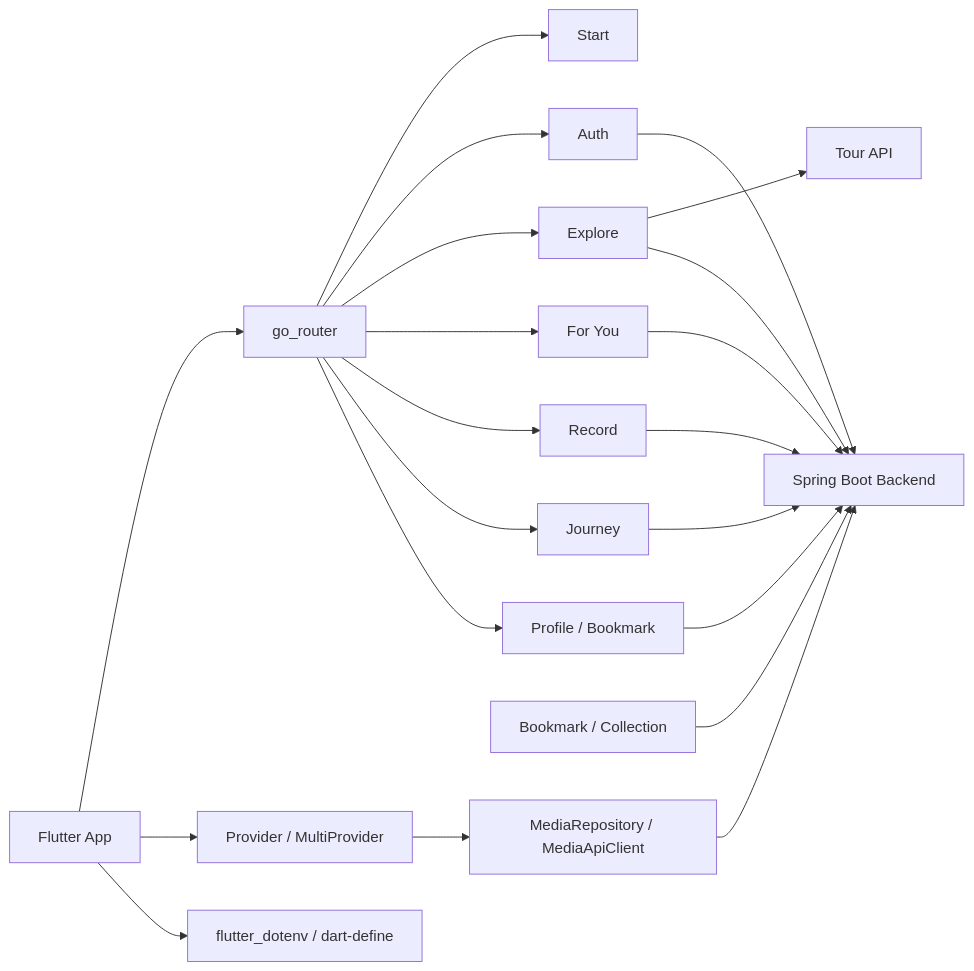
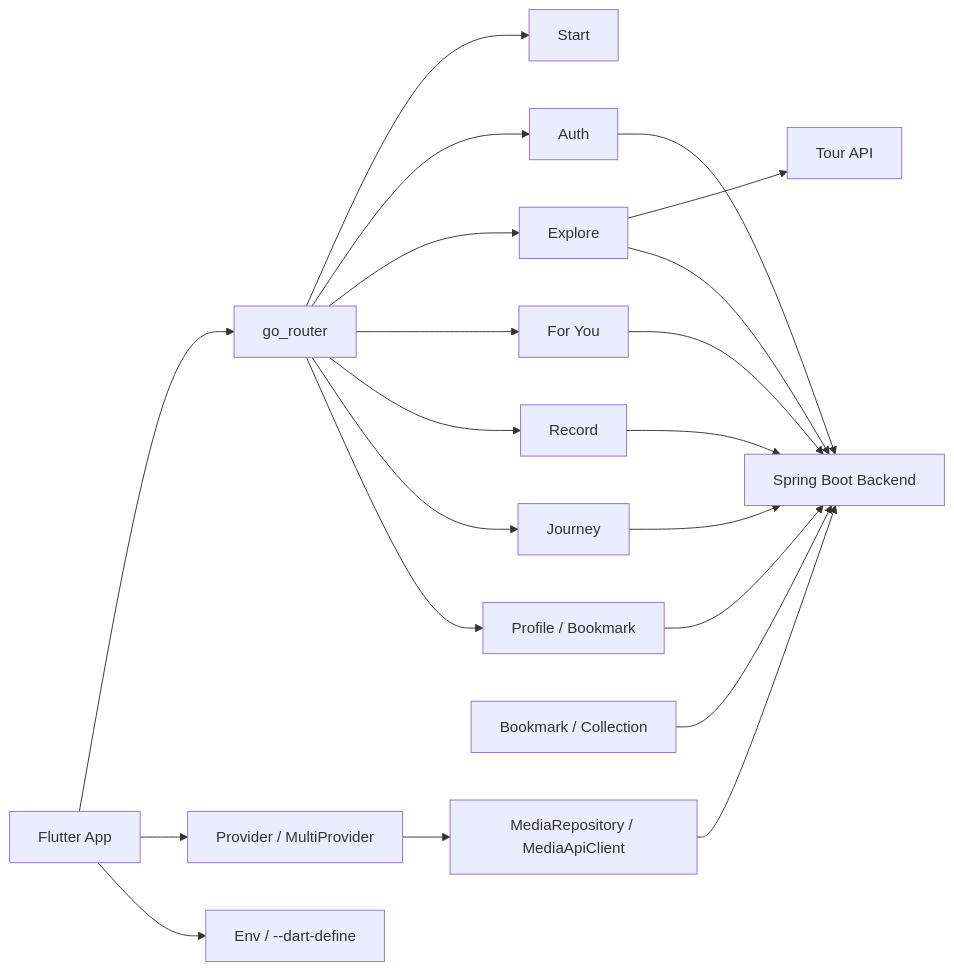
Before and after one commit to sanghyunbang/pawloop: the diagram in app/README.md, drawn with Mermaid. The commit also changed other lines of this file and 20 other files, not shown here.

First line of the commit message:
fix(app): .env 에셋 번들링 제거 — 환경값을 --dart-define 으로 전환

````diff
--- a/app/README.md
+++ b/app/README.md
@@ -47,26 +47,26 @@
 ```mermaid
 flowchart LR
     App[Flutter App] --> Router[go_router]
     App --> Providers[Provider / MultiProvider]
-    App --> Env[flutter_dotenv / dart-define]
+    App --> Env[Env / --dart-define]
 
     Router --> Start[Start]
     Router --> Auth[Auth]
     Router --> Explore[Explore]
     Router --> ForYou[For You]
     Router --> Record[Record]
     Router --> Journey[Journey]
     Router --> Profile[Profile / Bookmark]
 
     Explore --> TourAPI[Tour API]
     Explore --> Backend[Spring Boot Backend]
     ForYou --> Backend
     Record --> Backend
     Journey --> Backend
     Profile --> Backend
     Auth --> Backend
     Bookmark[Bookmark / Collection] --> Backend
 
     Providers --> Media[MediaRepository / MediaApiClient]
     Media --> Backend
 ```
````
